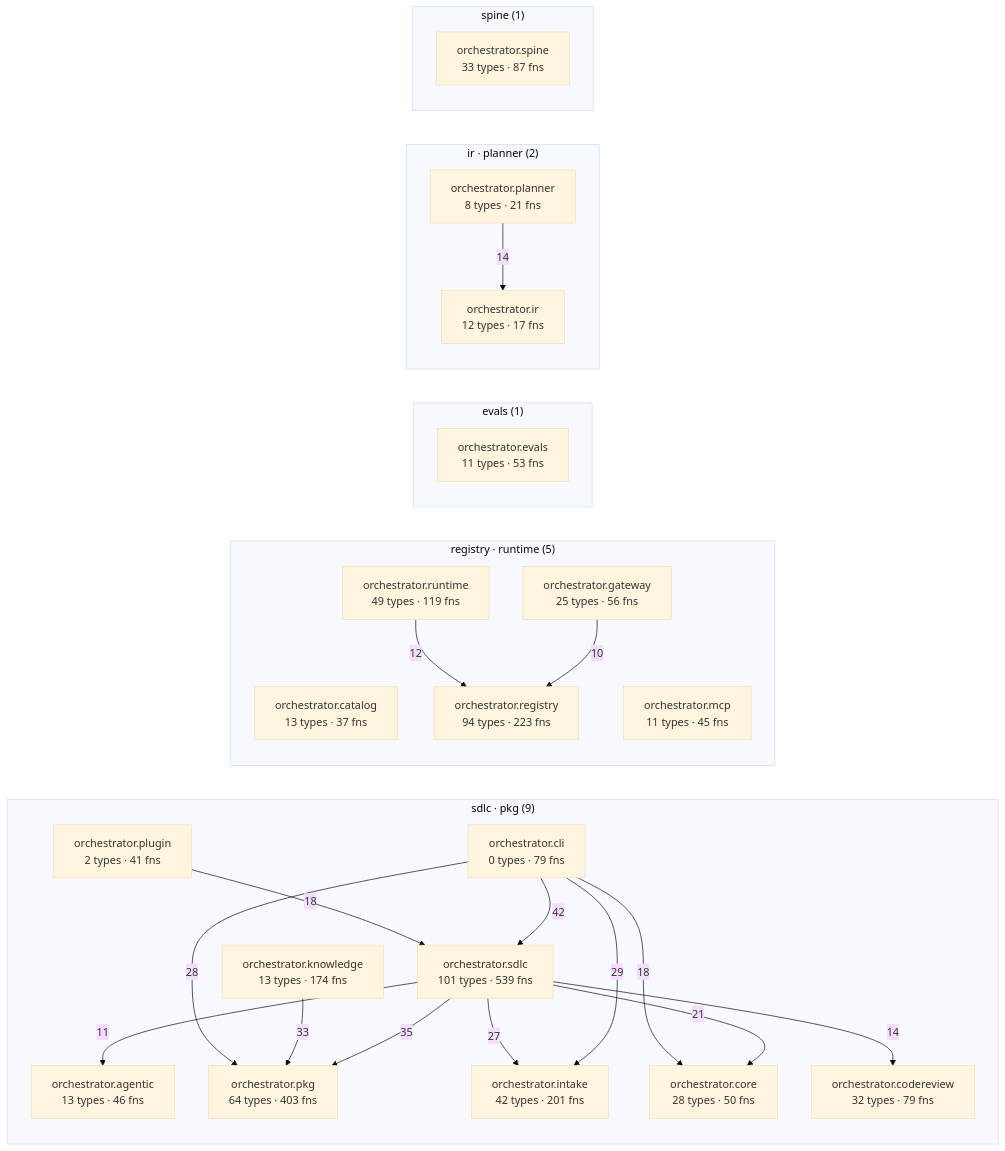
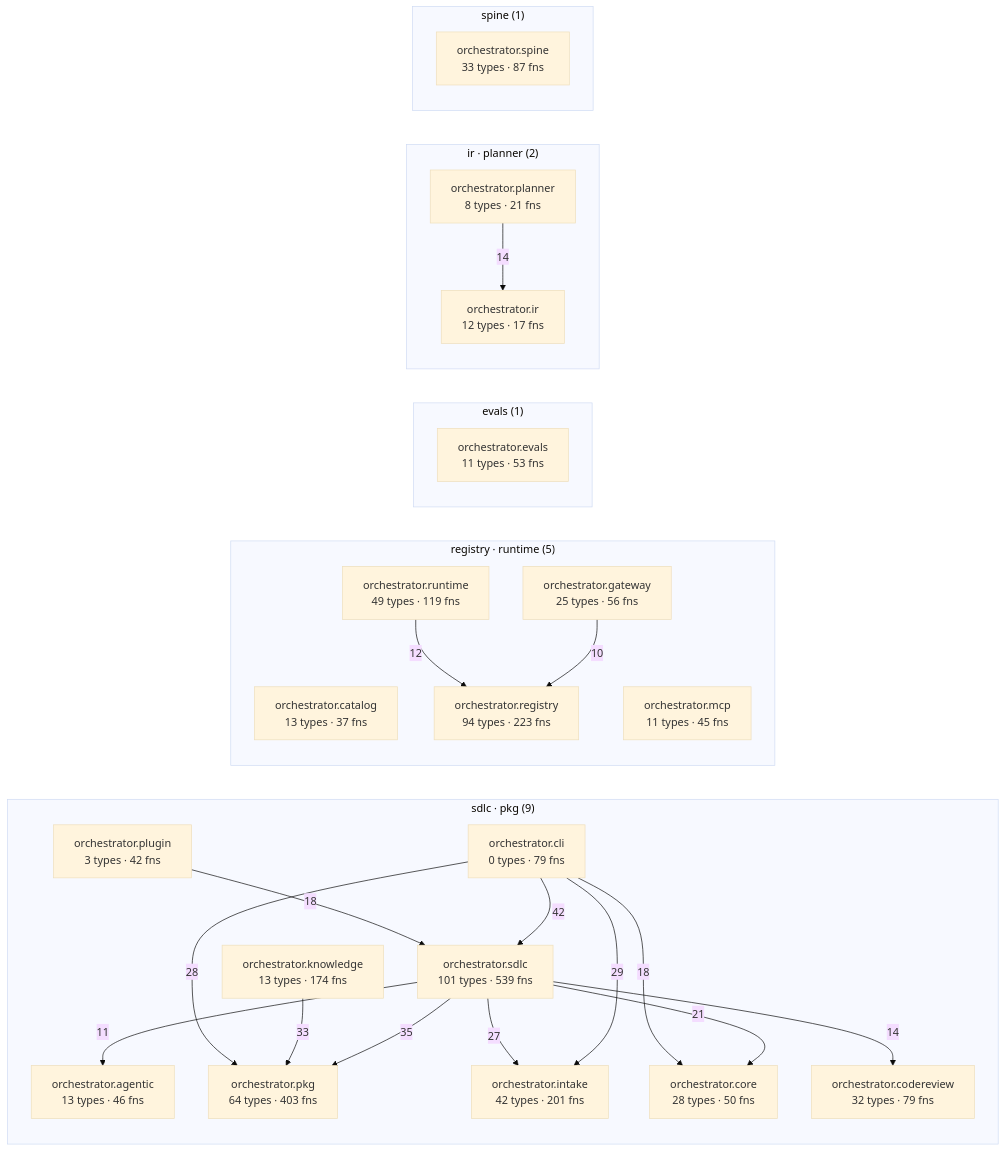
The diagram in episteme/architecture.md (synaptixs/spine), drawn with Mermaid (base theme) before and after one commit. The commit also changed other lines of this file and 13 other files, not shown here.

````diff
--- a/episteme/architecture.md
+++ b/episteme/architecture.md
@@ -54,45 +54,45 @@
 ```mermaid
 flowchart LR
   subgraph c_1["sdlc · pkg (9)"]
     aorchestratoragentic["orchestrator.agentic<br/>13 types · 46 fns"]
     aorchestratorcli["orchestrator.cli<br/>0 types · 79 fns"]
     aorchestratorcodereview["orchestrator.codereview<br/>32 types · 79 fns"]
     aorchestratorcore["orchestrator.core<br/>28 types · 50 fns"]
     aorchestratorintake["orchestrator.intake<br/>42 types · 201 fns"]
     aorchestratorknowledge["orchestrator.knowledge<br/>13 types · 174 fns"]
     aorchestratorpkg["orchestrator.pkg<br/>64 types · 403 fns"]
-    aorchestratorplugin["orchestrator.plugin<br/>2 types · 41 fns"]
+    aorchestratorplugin["orchestrator.plugin<br/>3 types · 42 fns"]
     aorchestratorsdlc["orchestrator.sdlc<br/>101 types · 539 fns"]
   end
   subgraph c_3["registry · runtime (5)"]
     aorchestratorcatalog["orchestrator.catalog<br/>13 types · 37 fns"]
     aorchestratorgateway["orchestrator.gateway<br/>25 types · 56 fns"]
     aorchestratormcp["orchestrator.mcp<br/>11 types · 45 fns"]
     aorchestratorregistry["orchestrator.registry<br/>94 types · 223 fns"]
     aorchestratorruntime["orchestrator.runtime<br/>49 types · 119 fns"]
   end
   subgraph c_5["evals (1)"]
     aorchestratorevals["orchestrator.evals<br/>11 types · 53 fns"]
   end
   subgraph c_7["ir · planner (2)"]
     aorchestratorir["orchestrator.ir<br/>12 types · 17 fns"]
     aorchestratorplanner["orchestrator.planner<br/>8 types · 21 fns"]
   end
   subgraph c_10["spine (1)"]
     aorchestratorspine["orchestrator.spine<br/>33 types · 87 fns"]
   end
   aorchestratorcli -->|42| aorchestratorsdlc
   aorchestratorsdlc -->|35| aorchestratorpkg
   aorchestratorknowledge -->|33| aorchestratorpkg
   aorchestratorcli -->|29| aorchestratorintake
   aorchestratorcli -->|28| aorchestratorpkg
   aorchestratorsdlc -->|27| aorchestratorintake
   aorchestratorsdlc -->|21| aorchestratorcore
   aorchestratorcli -->|18| aorchestratorcore
   aorchestratorplugin -->|18| aorchestratorsdlc
   aorchestratorplanner -->|14| aorchestratorir
   aorchestratorsdlc -->|14| aorchestratorcodereview
   aorchestratorruntime -->|12| aorchestratorregistry
   aorchestratorsdlc -->|11| aorchestratoragentic
   aorchestratorgateway -->|10| aorchestratorregistry
 ```
````
